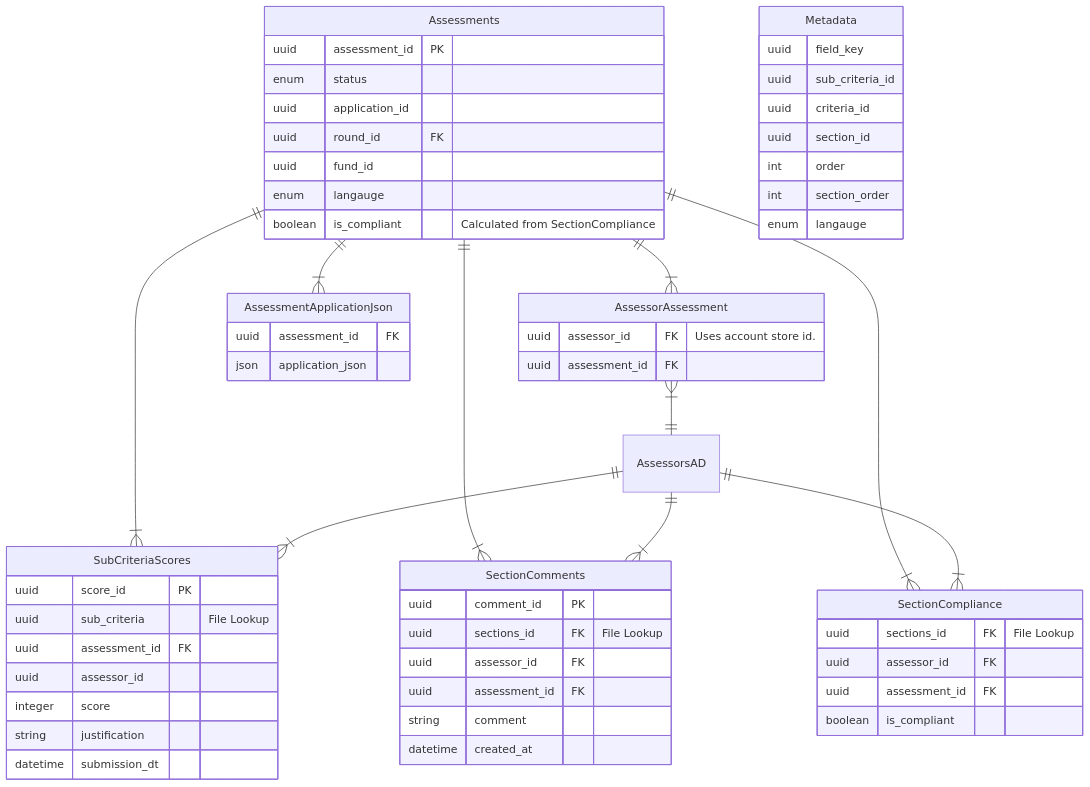
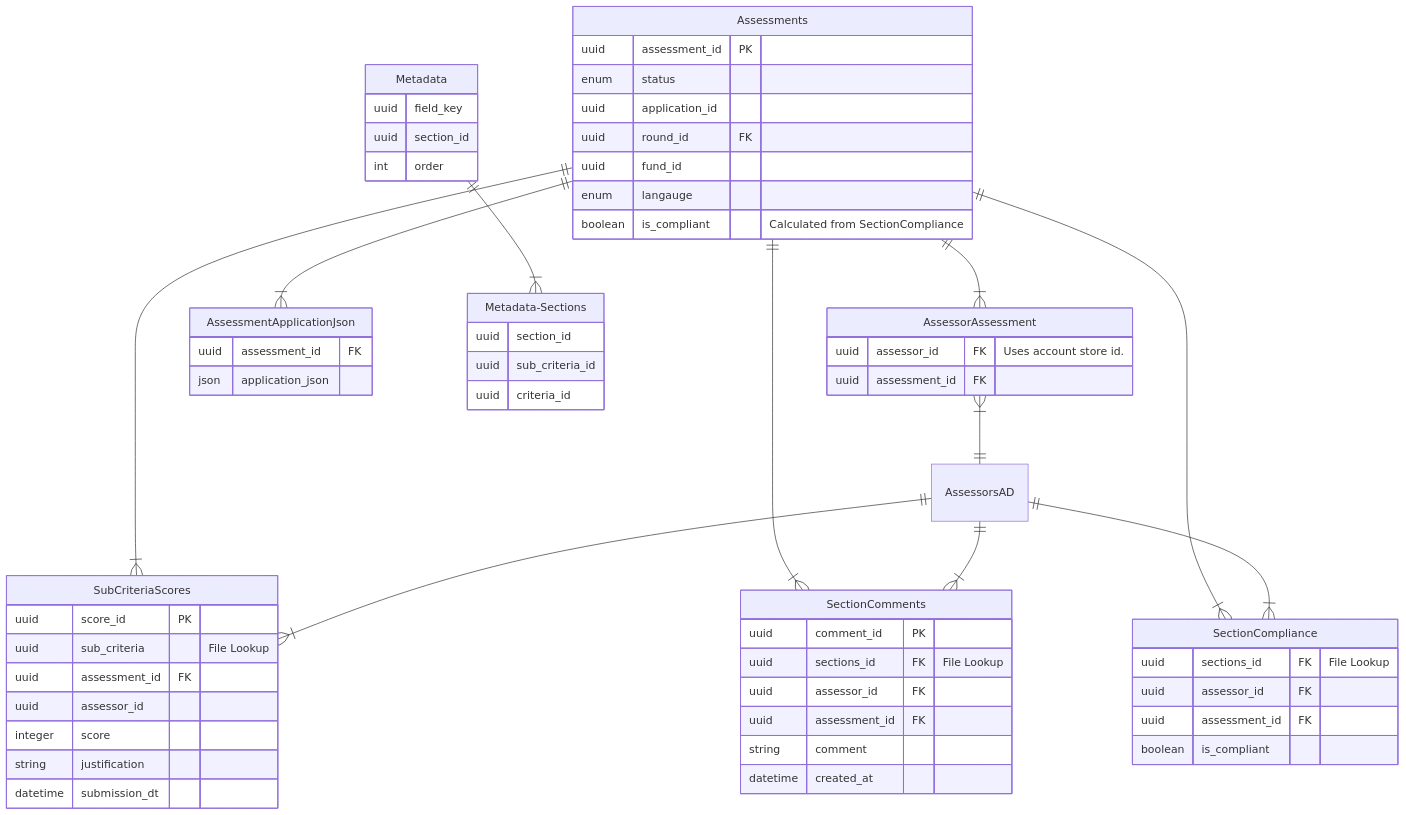
One commit to communitiesuk/funding-service-design-assessment-store changed the diagram in diagrams/db_diagram.md. Above: the diagram before and after it, drawn with Mermaid.

````diff
--- a/diagrams/db_diagram.md
+++ b/diagrams/db_diagram.md
@@ -1,64 +1,64 @@
 ```mermaid
 erDiagram
 	AssessorAssessment {
 		uuid assessor_id FK "Uses account store id."
 		uuid assessment_id FK
 	}
 	Assessments {
 		uuid assessment_id PK
 		enum status
 		uuid application_id
 		uuid round_id FK
 		uuid fund_id
 		enum langauge 
 		boolean is_compliant  "Calculated from SectionCompliance"
 	}
 	AssessmentApplicationJson {
 		uuid assessment_id FK
 		json application_json
 	}
 	SubCriteriaScores {
 		uuid score_id PK
 		uuid sub_criteria  "File Lookup"
 		uuid assessment_id FK
 		uuid assessor_id
 		integer score
 		string justification
 		datetime submission_dt
 	}
 	SectionCompliance {
 		uuid sections_id FK "File Lookup"
 		uuid assessor_id FK
 		uuid assessment_id FK
 		boolean is_compliant
 	}
 	SectionComments {
 		uuid comment_id PK
 		uuid sections_id FK "File Lookup"
 		uuid assessor_id FK
 		uuid assessment_id FK
 		string comment
 		datetime created_at
 	}
 	Metadata {
 		uuid field_key
+		uuid section_id
+		int order
+	}
+	Metadata-Sections{
+		uuid section_id
 		uuid sub_criteria_id
 		uuid criteria_id
-		uuid section_id
-		int order
-		int section_order
-		enum langauge
 	}
-		
-	
-	
+
 	Assessments ||--|{ SubCriteriaScores : ""
 	Assessments ||--|{ SectionComments : ""
 	Assessments ||--|{ SectionCompliance : ""
 	Assessments ||--|{ AssessmentApplicationJson : ""
 	Assessments ||--|{ AssessorAssessment : ""
 	AssessorsAD ||--|{ SectionComments : ""
 	AssessorsAD ||--|{ SubCriteriaScores : ""
 	AssessorsAD ||--|{ SectionCompliance : ""
 	AssessorAssessment }|--|| AssessorsAD : ""
+	Metadata ||--|{ Metadata-Sections : ""
 ```
````
